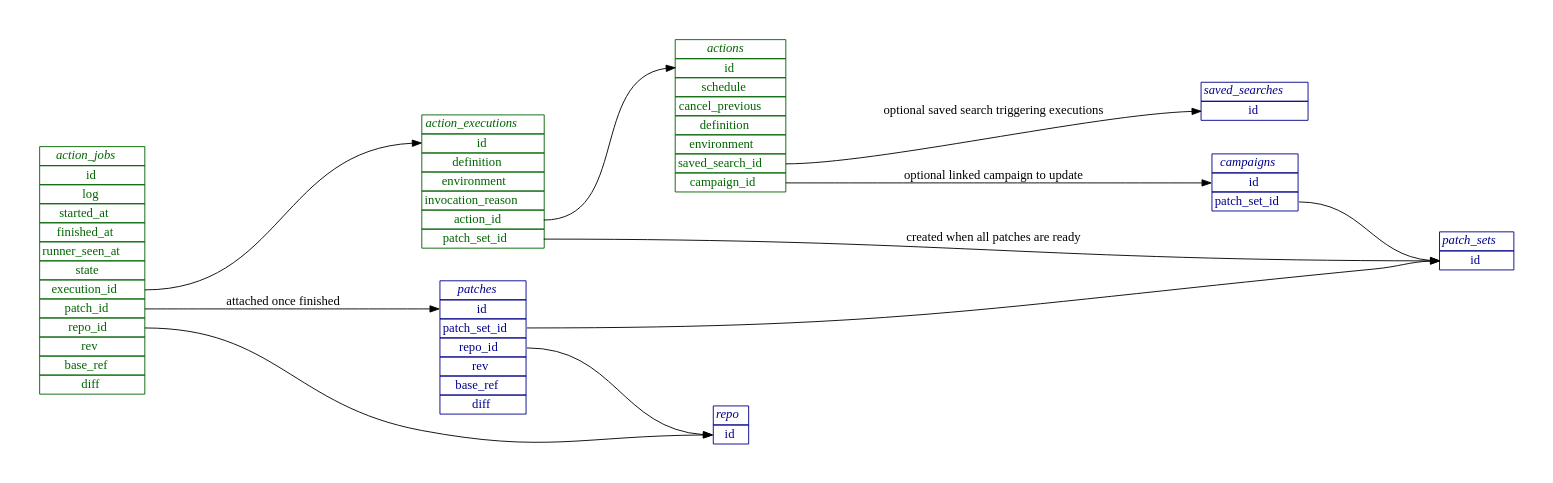
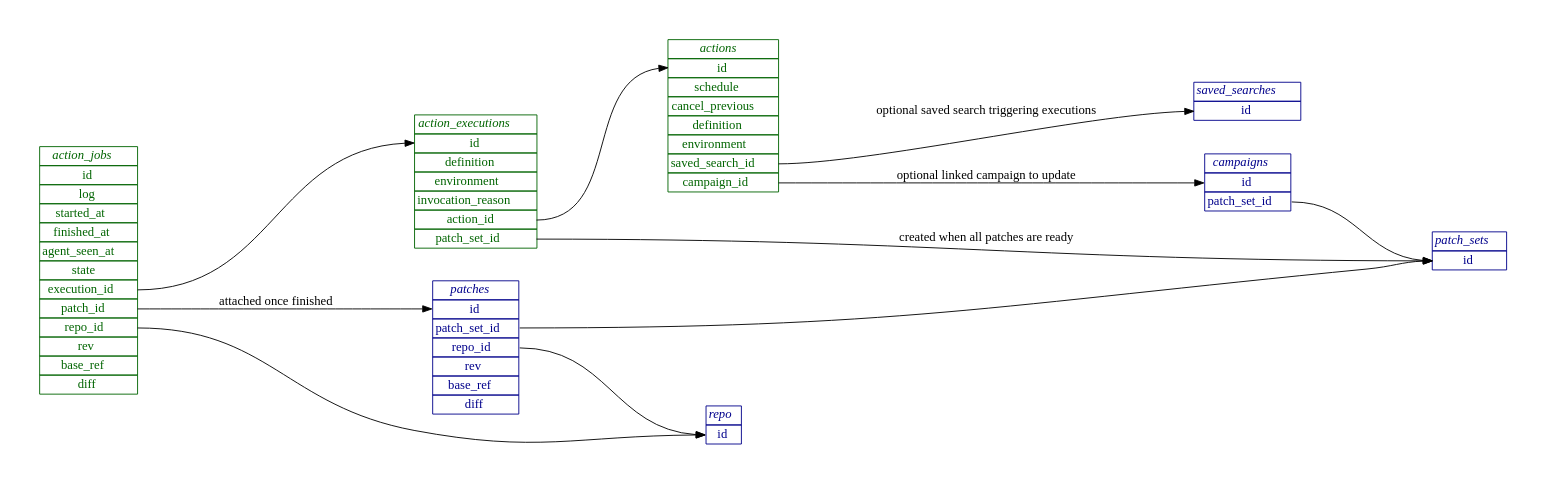
One commit to sourcegraph/sourcegraph-public-snapshot changed the diagram in doc/dev/actions_database.dot. Above: the diagram before and after it, drawn with Graphviz. The commit also changed 24 other files, not shown here.

```diff
--- a/doc/dev/actions_database.dot
+++ b/doc/dev/actions_database.dot
@@ -1,104 +1,104 @@
 digraph {
     graph [pad="0.5", nodesep="0.5", ranksep="2"];
     node [shape=plain]
     rankdir=LR;
 
 
 Action [label=<
 <table border="0" cellborder="1" cellspacing="0" color="darkgreen">
   <tr><td><i><font color="darkgreen">actions</font></i></td></tr>
   <tr><td port="action_1"><font color="darkgreen">id</font></td></tr>
   <tr><td port="action_2"><font color="darkgreen">schedule</font></td></tr>
   <tr><td port="action_3"><font color="darkgreen">cancel_previous</font></td></tr>
   <tr><td port="action_4"><font color="darkgreen">definition</font></td></tr>
   <tr><td port="action_5"><font color="darkgreen">environment</font></td></tr>
   <tr><td port="action_6"><font color="darkgreen">saved_search_id</font></td></tr>
   <tr><td port="action_7"><font color="darkgreen">campaign_id</font></td></tr>
 </table>>];
 
 
 ActionExecution [label=<
 <table border="0" cellborder="1" cellspacing="0" color="darkgreen">
   <tr><td><i><font color="darkgreen">action_executions</font></i></td></tr>
   <tr><td port="execution_1"><font color="darkgreen">id</font></td></tr>
   <tr><td port="execution_2"><font color="darkgreen">definition</font></td></tr>
   <tr><td port="execution_3"><font color="darkgreen">environment</font></td></tr>
   <tr><td port="execution_4"><font color="darkgreen">invocation_reason</font></td></tr>
   <tr><td port="execution_5"><font color="darkgreen">action_id</font></td></tr>
   <tr><td port="execution_6"><font color="darkgreen">patch_set_id</font></td></tr>
 </table>>];
 
 
 ActionJob [label=<
 <table border="0" cellborder="1" cellspacing="0" color="darkgreen">
   <tr><td><i><font color="darkgreen">action_jobs</font></i></td></tr>
   <tr><td port="action_job_1"><font color="darkgreen">id</font></td></tr>
   <tr><td port="action_job_2"><font color="darkgreen">log</font></td></tr>
   <tr><td port="action_job_3"><font color="darkgreen">started_at</font></td></tr>
   <tr><td port="action_job_4"><font color="darkgreen">finished_at</font></td></tr>
-  <tr><td port="action_job_5"><font color="darkgreen">runner_seen_at</font></td></tr>
+  <tr><td port="action_job_5"><font color="darkgreen">agent_seen_at</font></td></tr>
   <tr><td port="action_job_6"><font color="darkgreen">state</font></td></tr>
   <tr><td port="action_job_7"><font color="darkgreen">execution_id</font></td></tr>
   <tr><td port="action_job_8"><font color="darkgreen">patch_id</font></td></tr>
   <tr><td port="action_job_9"><font color="darkgreen">repo_id</font></td></tr>
   <tr><td port="action_job_10"><font color="darkgreen">rev</font></td></tr>
   <tr><td port="action_job_11"><font color="darkgreen">base_ref</font></td></tr>
   <tr><td port="action_job_12"><font color="darkgreen">diff</font></td></tr>
 </table>>];
 
 Campaign [label=<
 <table border="0" cellborder="1" cellspacing="0" color="darkblue">
   <tr><td><i><font color="darkblue">campaigns</font></i></td></tr>
   <tr><td port="campaign_1"><font color="darkblue">id</font></td></tr>
   <tr><td port="campaign_2"><font color="darkblue">patch_set_id</font></td></tr>
 </table>>];
 
 // CampaignPatchSet [label=<
 // <table border="0" cellborder="1" cellspacing="0">
 //   <tr><td><i>campaign_patch_sets</i></td></tr>
 //   <tr><td port="campaign_patchset_1">patch_set_id</td></tr>
 //   <tr><td port="campaign_patchset_2">campaign_id</td></tr>
 // </table>>];
 
 PatchSet [label=<
 <table border="0" cellborder="1" cellspacing="0" color="darkblue">
   <tr><td><i><font color="darkblue">patch_sets</font></i></td></tr>
   <tr><td port="patchset_1"><font color="darkblue">id</font></td></tr>
 </table>>];
 
 Patch [label=<
 <table border="0" cellborder="1" cellspacing="0" color="darkblue">
   <tr><td><i><font color="darkblue">patches</font></i></td></tr>
   <tr><td port="patch_1"><font color="darkblue">id</font></td></tr>
   <tr><td port="patch_2"><font color="darkblue">patch_set_id</font></td></tr>
   <tr><td port="patch_3"><font color="darkblue">repo_id</font></td></tr>
   <tr><td port="patch_4"><font color="darkblue">rev</font></td></tr>
   <tr><td port="patch_5"><font color="darkblue">base_ref</font></td></tr>
   <tr><td port="patch_6"><font color="darkblue">diff</font></td></tr>
 </table>>];
 
 SavedSearch [label=<
 <table border="0" cellborder="1" cellspacing="0" color="darkblue">
   <tr><td><i><font color="darkblue">saved_searches</font></i></td></tr>
   <tr><td port="saved_search_1"><font color="darkblue">id</font></td></tr>
 </table>>];
 
 Repo [label=<
 <table border="0" cellborder="1" cellspacing="0" color="darkblue">
   <tr><td><i><font color="darkblue">repo</font></i></td></tr>
   <tr><td port="repo_1"><font color="darkblue">id</font></td></tr>
 </table>>];
 
 ActionJob:action_job_7 -> ActionExecution:execution_1;
 ActionJob:action_job_8 -> Patch:patch_1 [label="attached once finished"];
 ActionJob:action_job_9 -> Repo:repo_1;
 ActionExecution:execution_5 -> Action:action_1;
 ActionExecution:execution_6 -> PatchSet:patchset_1 [label="created when all patches are ready"];
 Action:action_6 -> SavedSearch:saved_search_1 [label="optional saved search triggering executions"];
 Action:action_7 -> Campaign:campaign_1 [label="optional linked campaign to update"];
 Patch:patch_2 -> PatchSet:patchset_1;
 Patch:patch_3 -> Repo:repo_1;
 Campaign:campaign_2 -> PatchSet:patchset_1;
 // CampaignPatchSet:campaign_patchset_1 -> PatchSet:patchset_1;
 // CampaignPatchSet:campaign_patchset_2 -> Campaign:campaign_1;
 }
```
